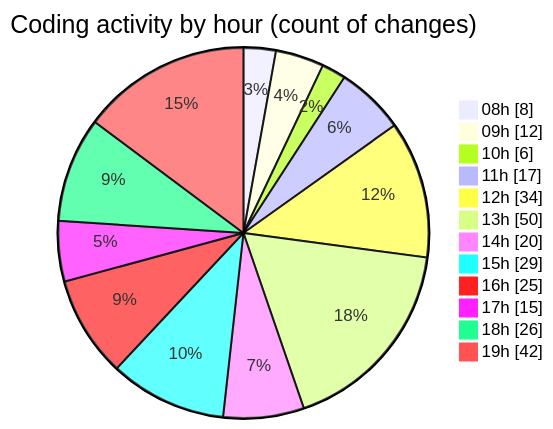
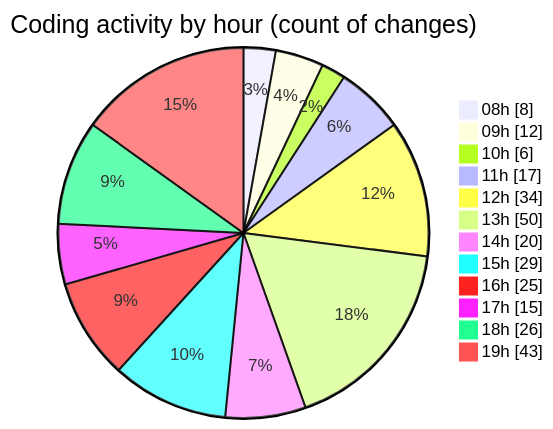
One commit to momahboobian/code-tracking changed the second of 2 diagrams in 2025-09-15/cda/README.md. Above: the diagram before and after it, drawn with Mermaid. The commit also changed other lines of this file and 1 other file, not shown here.

````diff
--- a/2025-09-15/cda/README.md
+++ b/2025-09-15/cda/README.md
@@ -37,16 +37,16 @@
 ```mermaid
 pie showData
 title Coding activity by hour (count of changes)
 "08h" : 8
 "09h" : 12
 "10h" : 6
 "11h" : 17
 "12h" : 34
 "13h" : 50
 "14h" : 20
 "15h" : 29
 "16h" : 25
 "17h" : 15
 "18h" : 26
-"19h" : 42
+"19h" : 43
 ```
````
